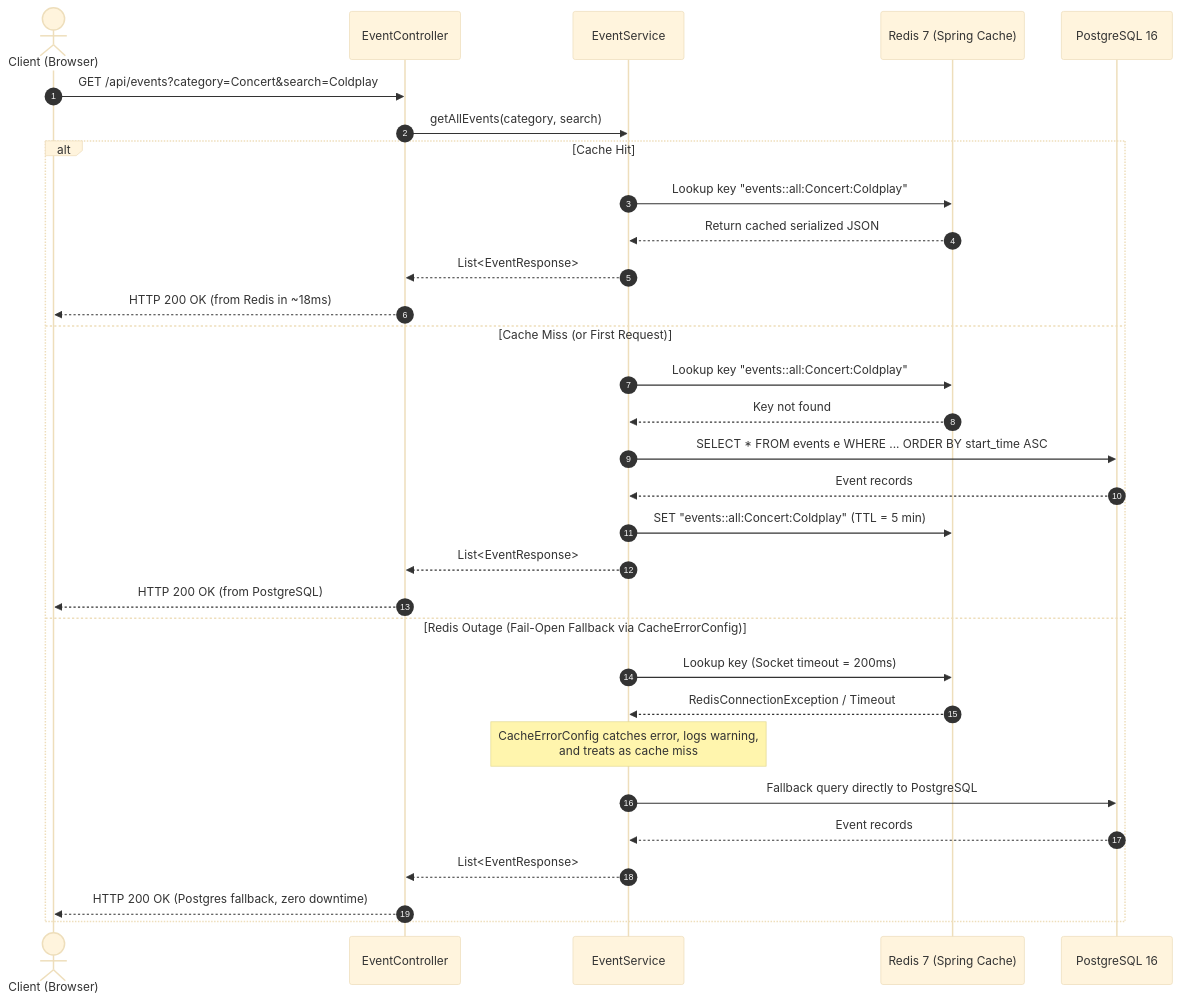
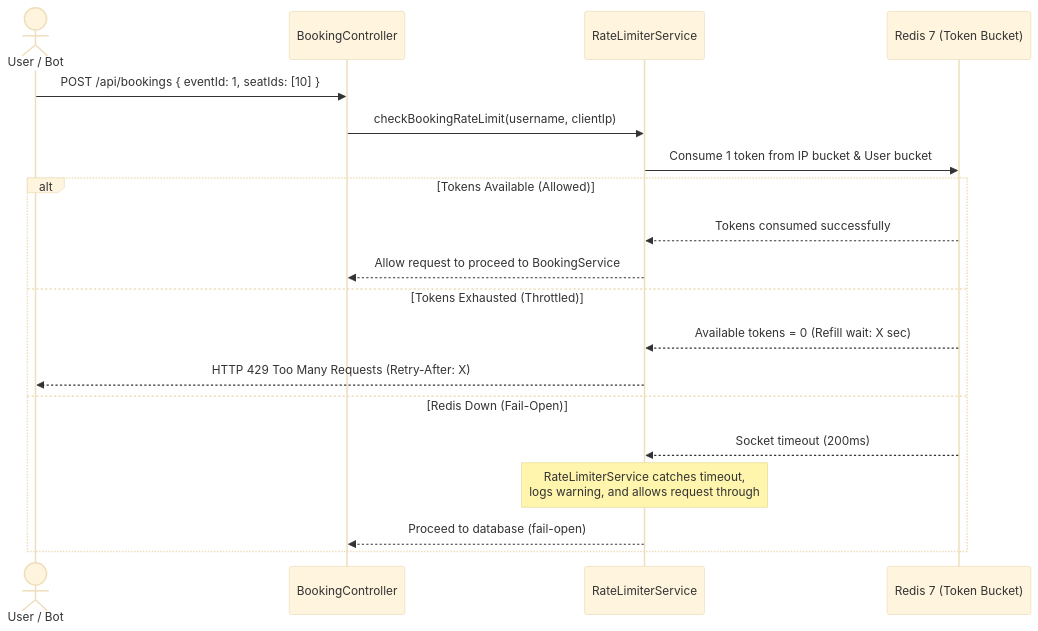
Before and after one commit to asyncsourav/quicktix: the second of 3 diagrams in architecture/master-workflow.md, drawn with Mermaid (base theme). The commit also changed other lines of this file, not shown here.

````diff
--- a/architecture/master-workflow.md
+++ b/architecture/master-workflow.md
@@ -56,35 +69,24 @@
 ```mermaid
 sequenceDiagram
-    autonumber
-    actor User as Client (Browser)
-    participant Ctrl as EventController
-    participant Svc as EventService
-    participant Cache as Redis 7 (Spring Cache)
-    participant DB as PostgreSQL 16
+    actor Client as User / Bot
+    participant Ctrl as BookingController
+    participant Limiter as RateLimiterService
+    participant Redis as Redis 7 (Token Bucket)
 
-    User->>Ctrl: GET /api/events?category=Concert&search=Coldplay
-    Ctrl->>Svc: getAllEvents(category, search)
+    Client->>Ctrl: POST /api/bookings { eventId: 1, seatIds: [10] }
+    Ctrl->>Limiter: checkBookingRateLimit(username, clientIp)
     
-    alt Cache Hit
-        Svc->>Cache: Lookup key "events::all:Concert:Coldplay"
-        Cache-->>Svc: Return cached serialized JSON
-        Svc-->>Ctrl: List<EventResponse>
-        Ctrl-->>User: HTTP 200 OK (from Redis in ~18ms)
-    else Cache Miss (or First Request)
-        Svc->>Cache: Lookup key "events::all:Concert:Coldplay"
-        Cache-->>Svc: Key not found
-        Svc->>DB: SELECT * FROM events e WHERE ... ORDER BY start_time ASC
-        DB-->>Svc: Event records
-        Svc->>Cache: SET "events::all:Concert:Coldplay" (TTL = 5 min)
-        Svc-->>Ctrl: List<EventResponse>
-        Ctrl-->>User: HTTP 200 OK (from PostgreSQL)
-    else Redis Outage (Fail-Open Fallback via CacheErrorConfig)
-        Svc->>Cache: Lookup key (Socket timeout = 200ms)
-        Cache-->>Svc: RedisConnectionException / Timeout
-        Note over Svc: CacheErrorConfig catches error, logs warning,<br/>and treats as cache miss
-        Svc->>DB: Fallback query directly to PostgreSQL
-        DB-->>Svc: Event records
-        Svc-->>Ctrl: List<EventResponse>
-        Ctrl-->>User: HTTP 200 OK (Postgres fallback, zero downtime)
+    Limiter->>Redis: Consume 1 token from IP bucket & User bucket
+    
+    alt Tokens Available (Allowed)
+        Redis-->>Limiter: Tokens consumed successfully
+        Limiter-->>Ctrl: Allow request to proceed to BookingService
+    else Tokens Exhausted (Throttled)
+        Redis-->>Limiter: Available tokens = 0 (Refill wait: X sec)
+        Limiter-->>Client: HTTP 429 Too Many Requests (Retry-After: X)
+    else Redis Down (Fail-Open)
+        Redis-->>Limiter: Socket timeout (200ms)
+        Note over Limiter: RateLimiterService catches timeout,<br/>logs warning, and allows request through
+        Limiter-->>Ctrl: Proceed to database (fail-open)
     end
 ```
````
